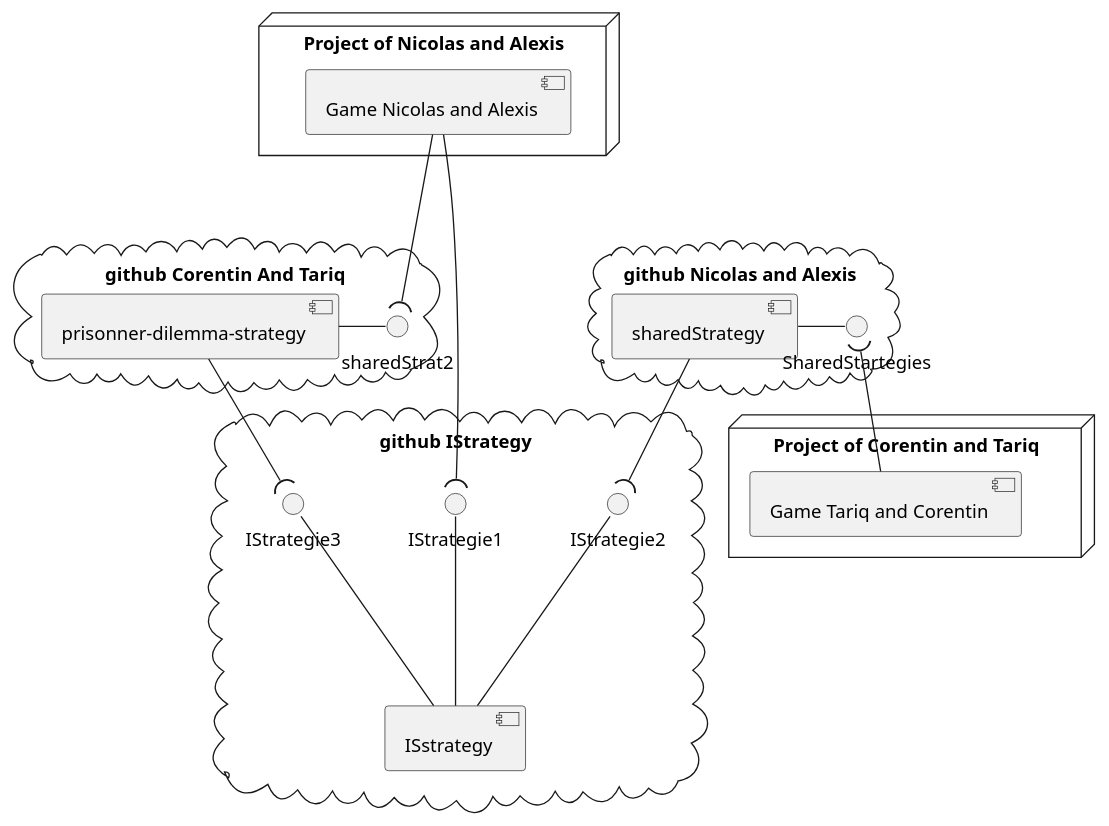
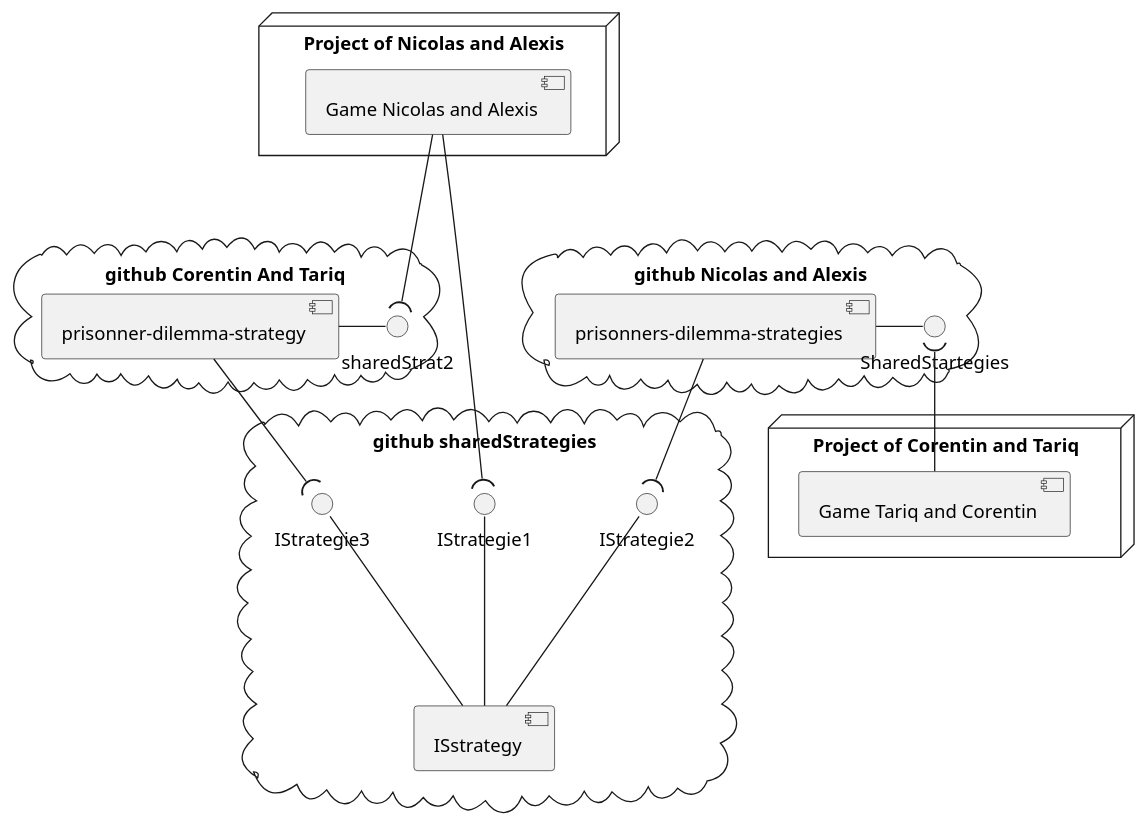
One commit to nicomr70/dilemme-prisonnier changed the diagram in docs/SharedProject.puml. Above: the diagram before and after it, drawn with PlantUML.

Commit message:
last change before deployment , and add doc (component diagram)

```diff
--- a/docs/SharedProject.puml
+++ b/docs/SharedProject.puml
@@ -1,32 +1,32 @@
 @startuml
 'https://plantuml.com/component-diagram
 
-cloud "github IStrategy" {
+cloud "github sharedStrategies" {
 
      IStrategie1 --- [ISstrategy]
      IStrategie2 --- [ISstrategy]
      IStrategie3 --- [ISstrategy]
 }
 
 cloud "github Nicolas and Alexis"{
-    [sharedStrategy] - SharedStartegies
-    [sharedStrategy] --( IStrategie2
+    [prisonners-dilemma-strategies] - SharedStartegies
+    [prisonners-dilemma-strategies] --( IStrategie2
 }
 
 cloud "github Corentin And Tariq"{
     [prisonner-dilemma-strategy] - sharedStrat2
     [prisonner-dilemma-strategy] --( IStrategie3
 }
 
 
 node "Project of Nicolas and Alexis"{
     [Game Nicolas and Alexis] --( IStrategie1
     [Game Nicolas and Alexis] ---(sharedStrat2
 
 }
 
 node "Project of Corentin and Tariq"{
     [Game Tariq and Corentin]
      SharedStartegies )--[Game Tariq and Corentin]
 }
 @enduml
```
